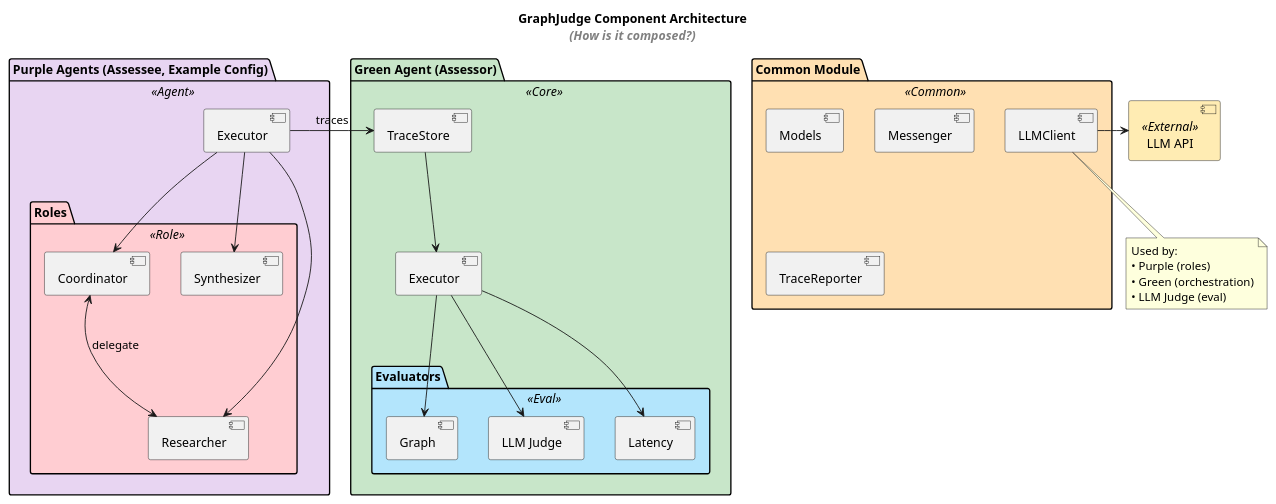
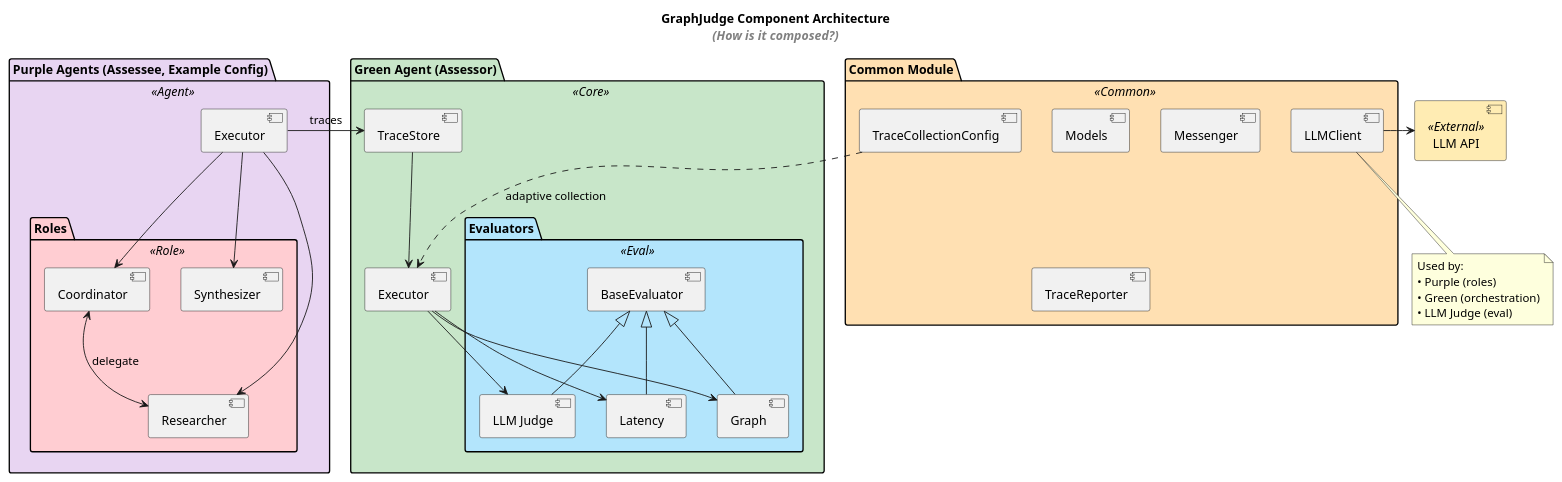
One commit to qte77/RDI-AgentBeats-MAS-GraphJudge changed the diagram in docs/arch_vis/ComponentDiagram.puml. Above: the diagram before and after it, drawn with PlantUML. The commit also changed 5 other files, not shown here.

First line of the commit message:
docs: update docs and diagrams for STORY-010/031/034

```diff
--- a/docs/arch_vis/ComponentDiagram.puml
+++ b/docs/arch_vis/ComponentDiagram.puml
@@ -1,70 +1,77 @@
 @startuml ComponentDiagram
 title GraphJudge Component Architecture\n//<color:gray>(How is it composed?)</color>//
 
 skinparam component {
     BackgroundColor<<Agent>> #E8D5F2
     BackgroundColor<<Core>> #C8E6C9
     BackgroundColor<<Eval>> #B3E5FC
     BackgroundColor<<External>> #FFECB3
     BackgroundColor<<Common>> #FFE0B2
     BackgroundColor<<Role>> #FFCDD2
 }
 
 skinparam package {
     BackgroundColor #FAFAFA
 }
 
 ' Top: Shared infrastructure
 package "Common Module" <<Common>> #FFE0B2 {
     component [Models] as Models
     component [Messenger] as CommonMessenger
     component [TraceReporter] as TraceReporter
     component [LLMClient] as LLMFactory
+    component [TraceCollectionConfig] as TraceCollectionCfg
 }
 
 component [LLM API] as LLMApi <<External>> #FFECB3
 
 ' Middle: Agent packages side by side
 package "Purple Agents (Assessee, Example Config)" <<Agent>> #E8D5F2 {
     component [Executor] as PurpleExec
 
     package "Roles" <<Role>> #FFCDD2 {
         component [Coordinator] as CoordRole
         component [Researcher] as ResearchRole
         component [Synthesizer] as SynthRole
     }
 
     PurpleExec -down-> CoordRole
     PurpleExec -down-> ResearchRole
     PurpleExec -down-> SynthRole
     CoordRole <--> ResearchRole : delegate
 }
 
 package "Green Agent (Assessor)" <<Core>> #C8E6C9 {
     component [TraceStore] as TraceStore
     component [Executor] as GreenExec
 
     package "Evaluators" <<Eval>> #B3E5FC {
+        component [BaseEvaluator] as BaseEval
         component [Graph] as GraphEval
         component [LLM Judge] as LLMEval
         component [Latency] as LatencyEval
+
+        GraphEval -up-|> BaseEval
+        LLMEval -up-|> BaseEval
+        LatencyEval -up-|> BaseEval
     }
 
     TraceStore -down-> GreenExec
     GreenExec -down-> GraphEval
     GreenExec -down-> LLMEval
     GreenExec -down-> LatencyEval
 }
 
 ' Cross-package flows
 PurpleExec -right-> TraceStore : traces
 LLMFactory -right-> LLMApi
+TraceCollectionCfg .down.> GreenExec : adaptive collection
 
 note bottom of LLMFactory
   Used by:
   • Purple (roles)
   • Green (orchestration)
   • LLM Judge (eval)
 end note
 
 @enduml
```
